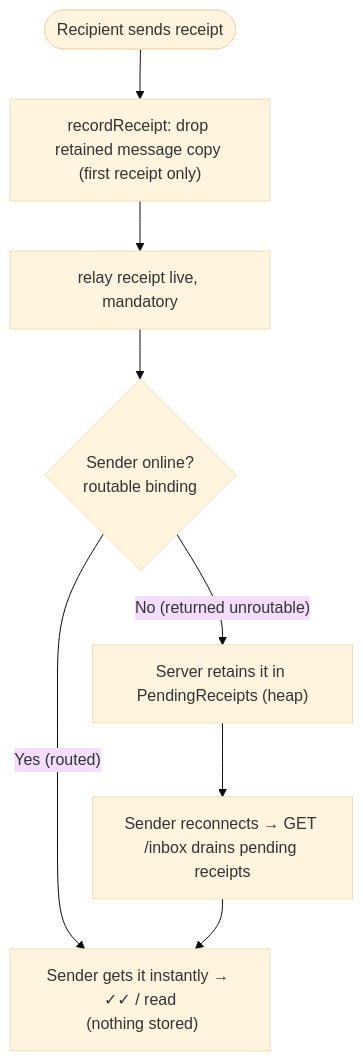
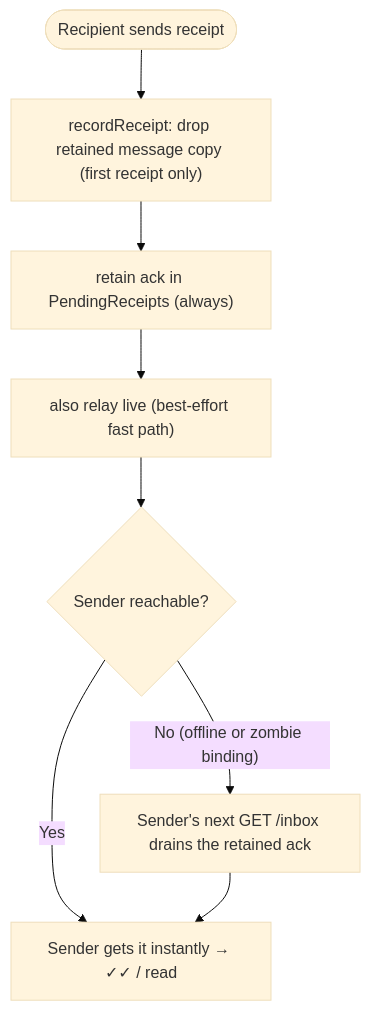
One commit to olshanskyev/fourletters-meta changed the third of 4 diagrams in doc/algorithms/messages-lifecycle.md. Above: the diagram before and after it, drawn with Mermaid (base theme). The commit also changed other lines of this file and 2 other files, not shown here.

First line of the commit message:
chore: send retry and receipt zombie problem

````diff
--- a/doc/algorithms/messages-lifecycle.md
+++ b/doc/algorithms/messages-lifecycle.md
@@ -101,10 +101,10 @@
 ```mermaid
 flowchart TD
     Start([Recipient sends receipt]) --> Drop["recordReceipt: drop retained message copy (first receipt only)"]
-    Drop --> Live["relay receipt live, mandatory"]
-    Live --> Online{Sender online?<br/> routable binding}
-    Online -- "Yes (routed)" --> Got["Sender gets it instantly → ✓✓ / read<br/> (nothing stored)"]
-    Online -- "No (returned unroutable)" --> Store["Server retains it in PendingReceipts (heap)"]
-    Store --> Pull["Sender reconnects → GET /inbox drains pending receipts"]
+    Drop --> Retain["retain ack in PendingReceipts (always)"]
+    Retain --> Live["also relay live (best-effort fast path)"]
+    Live --> Online{Sender reachable?}
+    Online -- "Yes" --> Got["Sender gets it instantly → ✓✓ / read"]
+    Online -- "No (offline or zombie binding)" --> Pull["Sender's next GET /inbox drains the retained ack"]
     Pull --> Got
 ```
````
